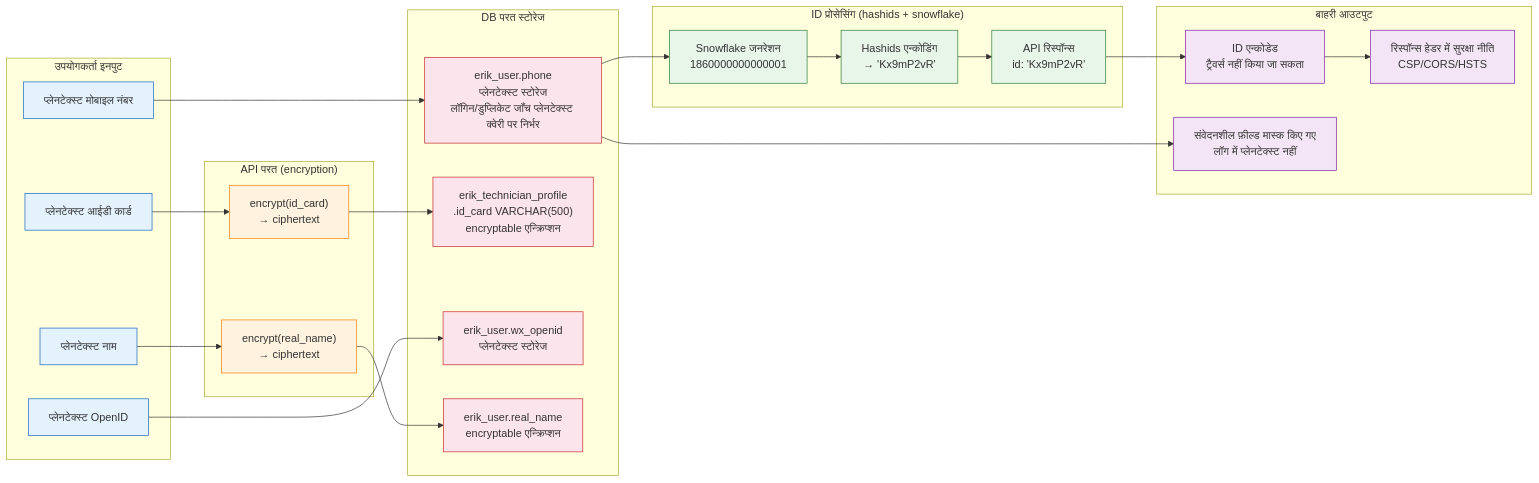
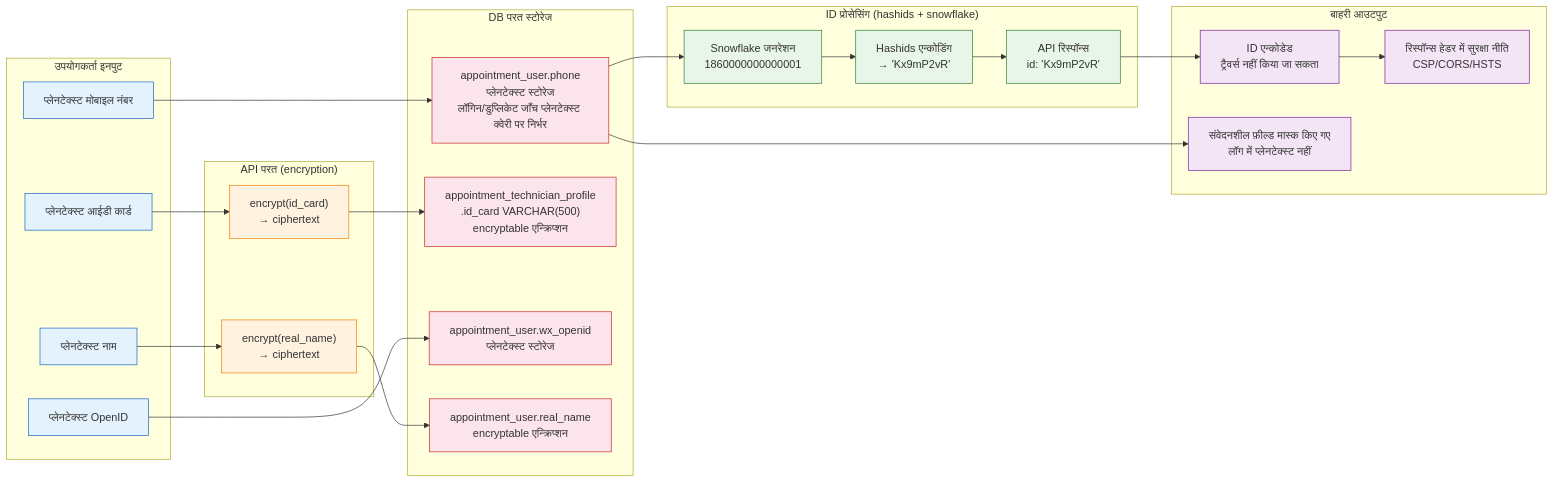
Before and after one commit to erikwang2013/appointment-php: the fourth of 4 diagrams in docs/hi/diagrams/SECURITY-ARCHITECTURE.md, drawn with Mermaid. The commit also changed 363 other files, not shown here.

````diff
--- a/docs/hi/diagrams/SECURITY-ARCHITECTURE.md
+++ b/docs/hi/diagrams/SECURITY-ARCHITECTURE.md
@@ -177,54 +177,54 @@
 ```mermaid
 flowchart LR
     subgraph input["उपयोगकर्ता इनपुट"]
         I1["प्लेनटेक्स्ट मोबाइल नंबर"]
         I2["प्लेनटेक्स्ट आईडी कार्ड"]
         I3["प्लेनटेक्स्ट OpenID"]
         I4["प्लेनटेक्स्ट नाम"]
     end
 
     subgraph api_encrypt["API परत (encryption)"]
         E1["encrypt(id_card)<br/>→ ciphertext"]
         E2["encrypt(real_name)<br/>→ ciphertext"]
     end
 
     subgraph db_storage["DB परत स्टोरेज"]
-        D1["erik_user.phone<br/>प्लेनटेक्स्ट स्टोरेज<br/>लॉगिन/डुप्लिकेट जाँच प्लेनटेक्स्ट क्वेरी पर निर्भर"]
-        D2["erik_technician_profile<br/>.id_card VARCHAR(500)<br/>encryptable एन्क्रिप्शन"]
-        D3["erik_user.wx_openid<br/>प्लेनटेक्स्ट स्टोरेज"]
-        D4["erik_user.real_name<br/>encryptable एन्क्रिप्शन"]
+        D1["appointment_user.phone<br/>प्लेनटेक्स्ट स्टोरेज<br/>लॉगिन/डुप्लिकेट जाँच प्लेनटेक्स्ट क्वेरी पर निर्भर"]
+        D2["appointment_technician_profile<br/>.id_card VARCHAR(500)<br/>encryptable एन्क्रिप्शन"]
+        D3["appointment_user.wx_openid<br/>प्लेनटेक्स्ट स्टोरेज"]
+        D4["appointment_user.real_name<br/>encryptable एन्क्रिप्शन"]
     end
 
     subgraph id_processing["ID प्रोसेसिंग (hashids + snowflake)"]
         H1["Snowflake जनरेशन<br/>1860000000000001"]
         H2["Hashids एन्कोडिंग<br/>→ 'Kx9mP2vR'"]
         H3["API रिस्पॉन्स<br/>id: 'Kx9mP2vR'"]
     end
 
     subgraph output["बाहरी आउटपुट"]
         O1["ID एन्कोडेड<br/>ट्रैवर्स नहीं किया जा सकता"]
         O2["संवेदनशील फ़ील्ड मास्क किए गए<br/>लॉग में प्लेनटेक्स्ट नहीं"]
         O3["रिस्पॉन्स हेडर में सुरक्षा नीति<br/>CSP/CORS/HSTS"]
     end
 
     I1 --> D1
     I2 --> E1 --> D2
     I3 --> D3
     I4 --> E2 --> D4
     D1 --> H1 --> H2 --> H3
     H3 --> O1
     D1 --> O2
     O1 --> O3
 
     classDef input fill:#e3f2fd,stroke:#1565c0,color:#333
     classDef encrypt fill:#fff3e0,stroke:#f57c00,color:#333
     classDef db fill:#fce4ec,stroke:#c62828,color:#333
     classDef id fill:#e8f5e9,stroke:#2e7d32,color:#333
     classDef output fill:#f3e5f5,stroke:#7b1fa2,color:#333
 
     class I1,I2,I3,I4 input
     class E1,E2 encrypt
     class D1,D2,D3,D4 db
     class H1,H2,H3 id
     class O1,O2,O3 output
 ```
````
